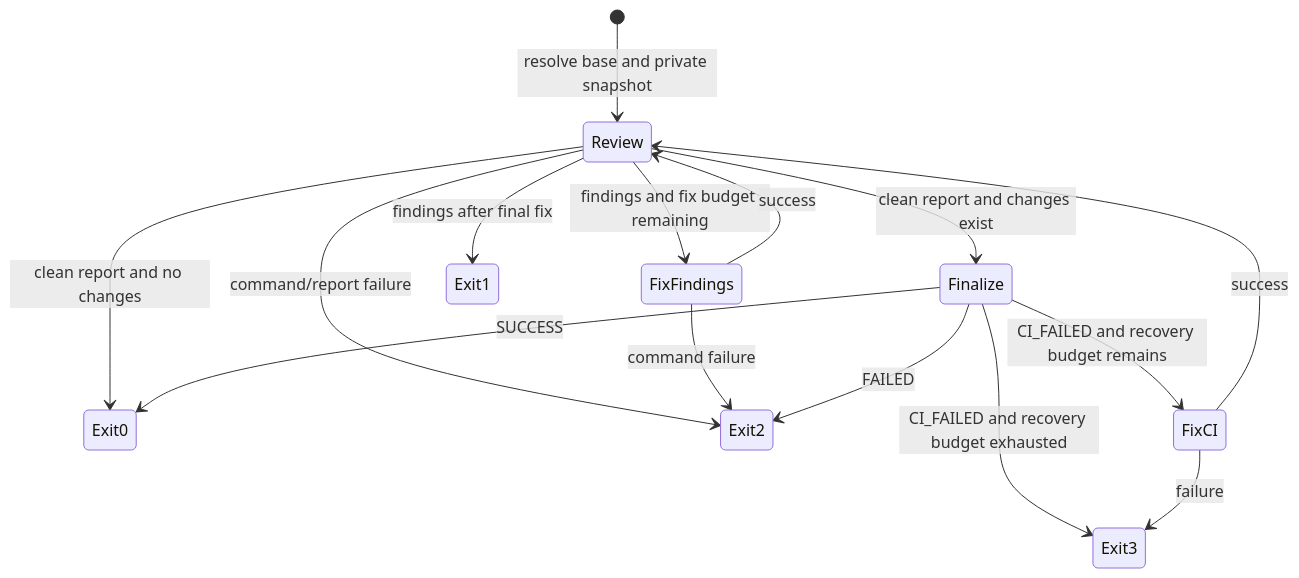
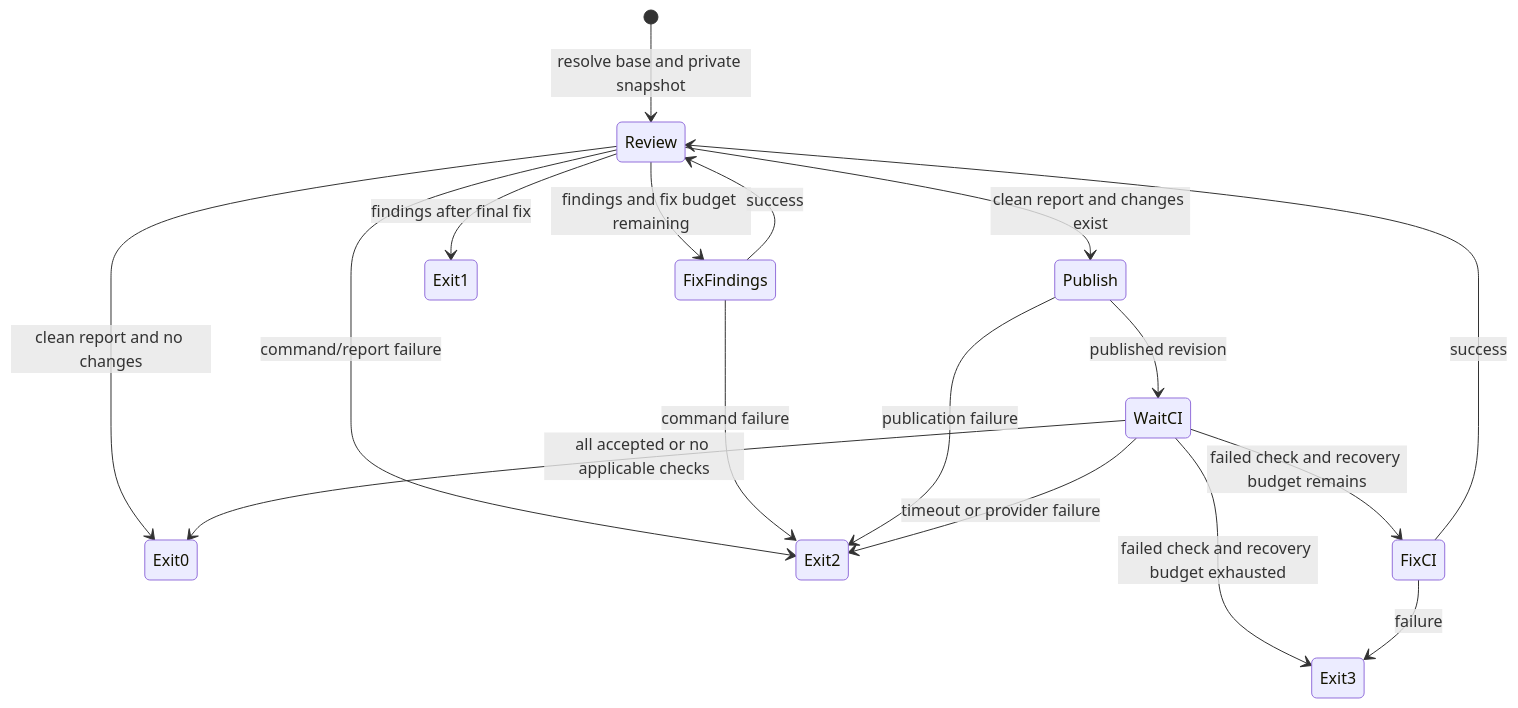
Before and after one commit to dapi/code-converge: the diagram in memory-bank/domain/states.md, drawn with Mermaid. The commit also changed other lines of this file and 15 other files, not shown here.

````diff
--- a/memory-bank/domain/states.md
+++ b/memory-bank/domain/states.md
@@ -18,17 +18,19 @@
 ```mermaid
 stateDiagram-v2
   [*] --> Review: resolve base and private snapshot
   Review --> FixFindings: findings and fix budget remaining
   FixFindings --> Review: success
-  Review --> Finalize: clean report and changes exist
+  Review --> Publish: clean report and changes exist
   Review --> Exit0: clean report and no changes
   Review --> Exit1: findings after final fix
   Review --> Exit2: command/report failure
   FixFindings --> Exit2: command failure
-  Finalize --> Exit0: SUCCESS
-  Finalize --> FixCI: CI_FAILED and recovery budget remains
-  Finalize --> Exit3: CI_FAILED and recovery budget exhausted
-  Finalize --> Exit2: FAILED
+  Publish --> WaitCI: published revision
+  Publish --> Exit2: publication failure
+  WaitCI --> Exit0: all accepted or no applicable checks
+  WaitCI --> FixCI: failed check and recovery budget remains
+  WaitCI --> Exit3: failed check and recovery budget exhausted
+  WaitCI --> Exit2: timeout or provider failure
   FixCI --> Review: success
   FixCI --> Exit3: failure
 ```
````
